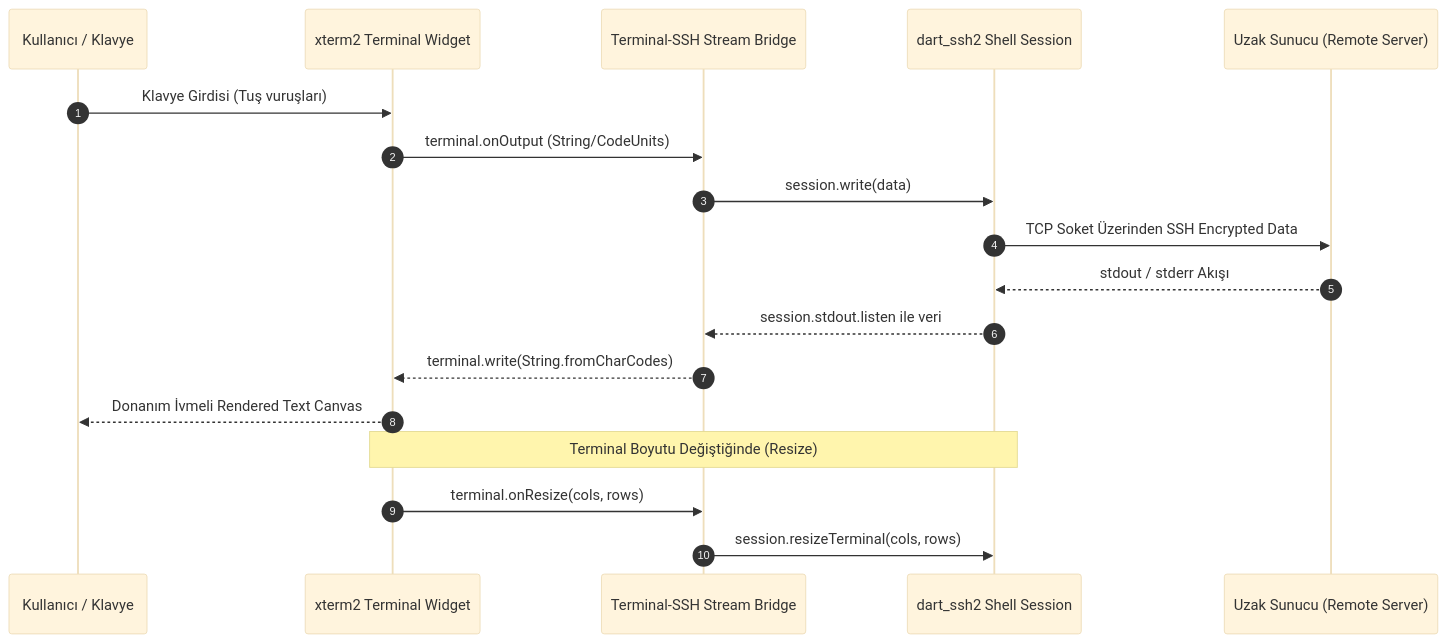
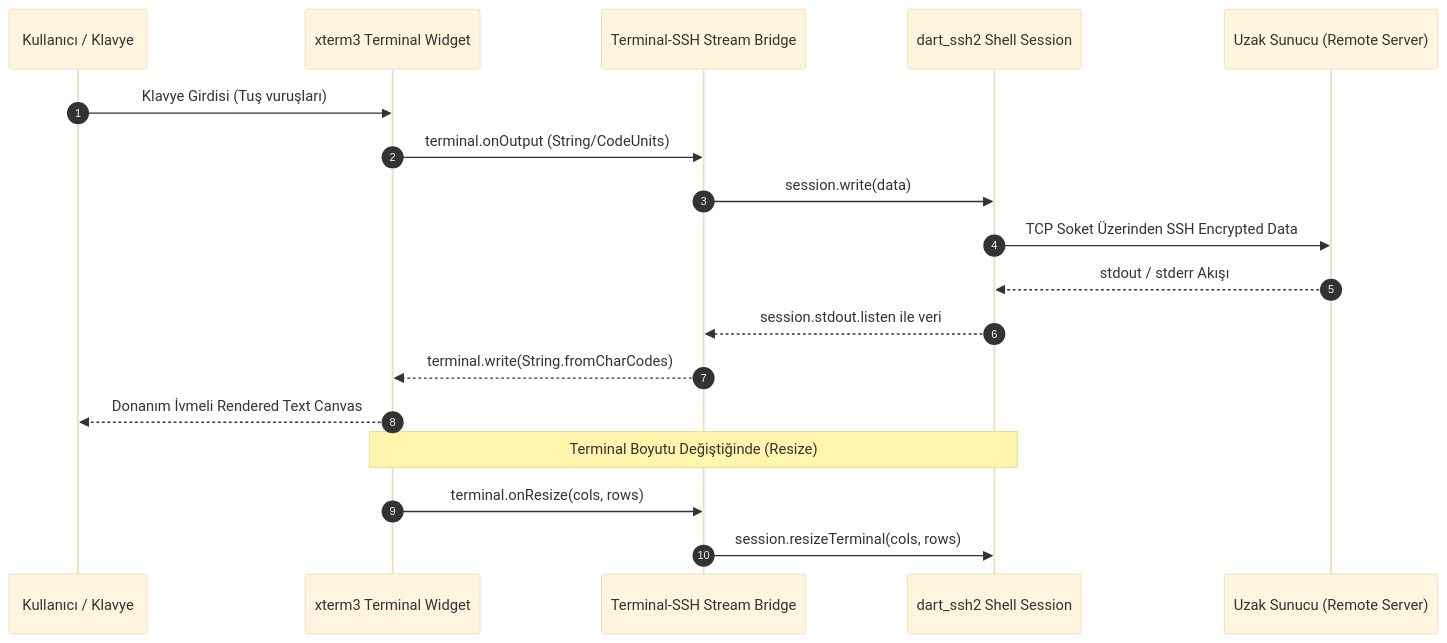
The second of 2 diagrams in docs/tech_spec.md (klc/shellvibe), drawn with Mermaid (base theme) before and after one commit. The commit also changed other lines of this file and 35 other files, not shown here.

````diff
--- a/docs/tech_spec.md
+++ b/docs/tech_spec.md
@@ -108,22 +108,22 @@
 ```mermaid
 sequenceDiagram
     autonumber
     participant User as Kullanıcı / Klavye
-    participant Xterm as xterm2 Terminal Widget
+    participant Xterm as xterm3 Terminal Widget
     participant Bridge as Terminal-SSH Stream Bridge
     participant SSH as dart_ssh2 Shell Session
     participant Server as Uzak Sunucu (Remote Server)
 
     User->>Xterm: Klavye Girdisi (Tuş vuruşları)
     Xterm->>Bridge: terminal.onOutput (String/CodeUnits)
     Bridge->>SSH: session.write(data)
     SSH->>Server: TCP Soket Üzerinden SSH Encrypted Data
     Server-->>SSH: stdout / stderr Akışı
     SSH-->>Bridge: session.stdout.listen ile veri
     Bridge-->>Xterm: terminal.write(String.fromCharCodes)
     Xterm-->>User: Donanım İvmeli Rendered Text Canvas
 
     Note over Xterm,SSH: Terminal Boyutu Değiştiğinde (Resize)
     Xterm->>Bridge: terminal.onResize(cols, rows)
     Bridge->>SSH: session.resizeTerminal(cols, rows)
 ```
````
